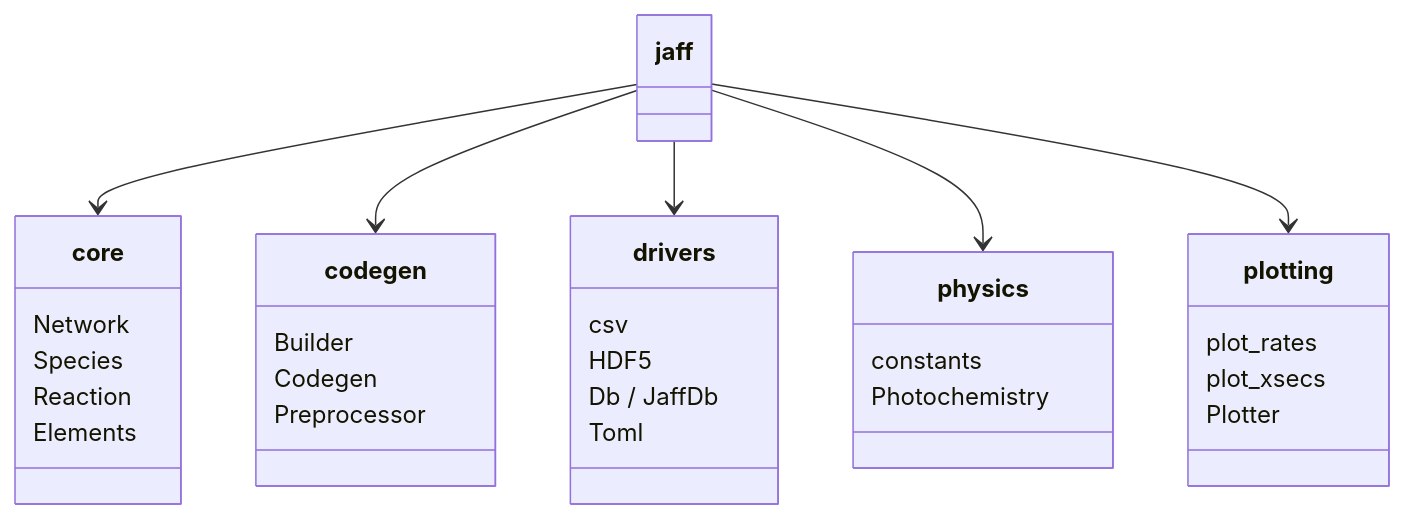
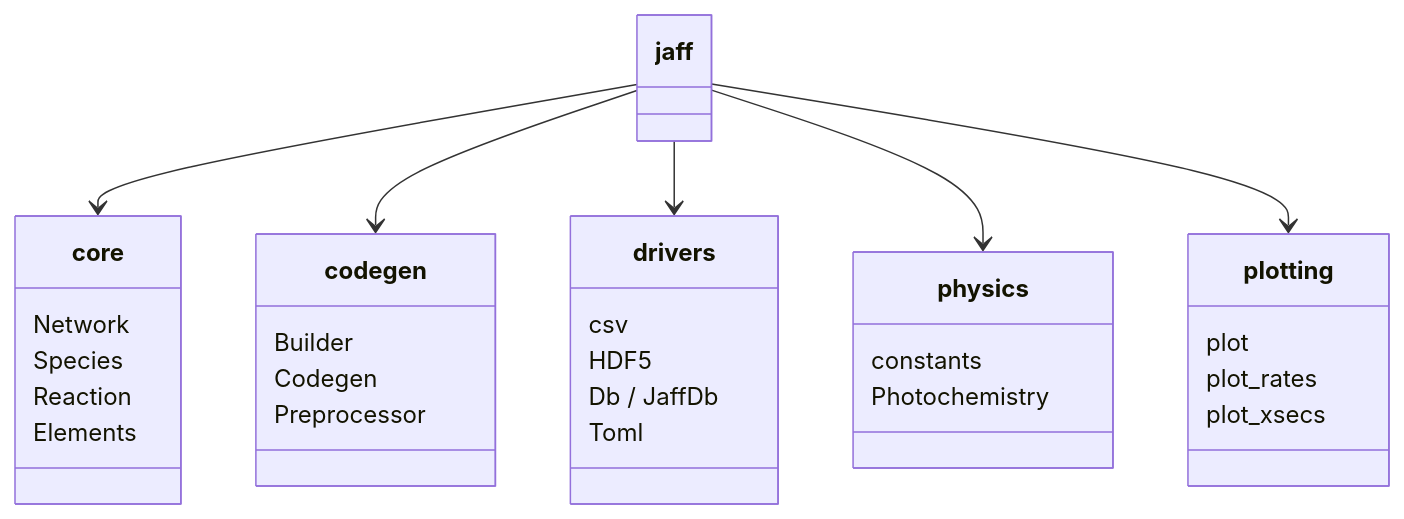
Before and after one commit to XRByte/jaff: the diagram in docs/api/index.md, drawn with Mermaid. The commit also changed other lines of this file and 9 other files, not shown here.

````diff
--- a/docs/api/index.md
+++ b/docs/api/index.md
@@ -52,34 +52,34 @@
 ```mermaid
 classDiagram
     class core {
         Network
         Species
         Reaction
         Elements
     }
     class codegen {
         Builder
         Codegen
         Preprocessor
     }
     class drivers {
         csv
         HDF5
         Db / JaffDb
         Toml
     }
     class physics {
         constants
         Photochemistry
     }
     class plotting {
+        plot
         plot_rates
         plot_xsecs
-        Plotter
     }
     jaff --> core
     jaff --> codegen
     jaff --> drivers
     jaff --> physics
     jaff --> plotting
 ```
````
